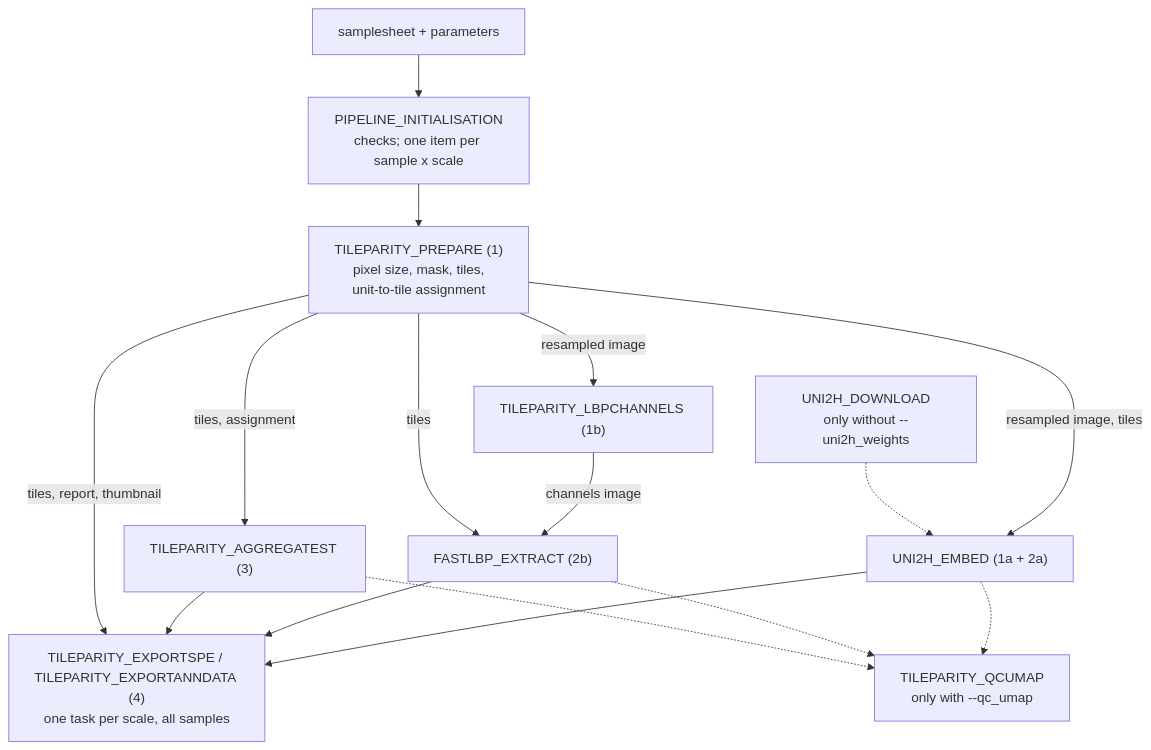
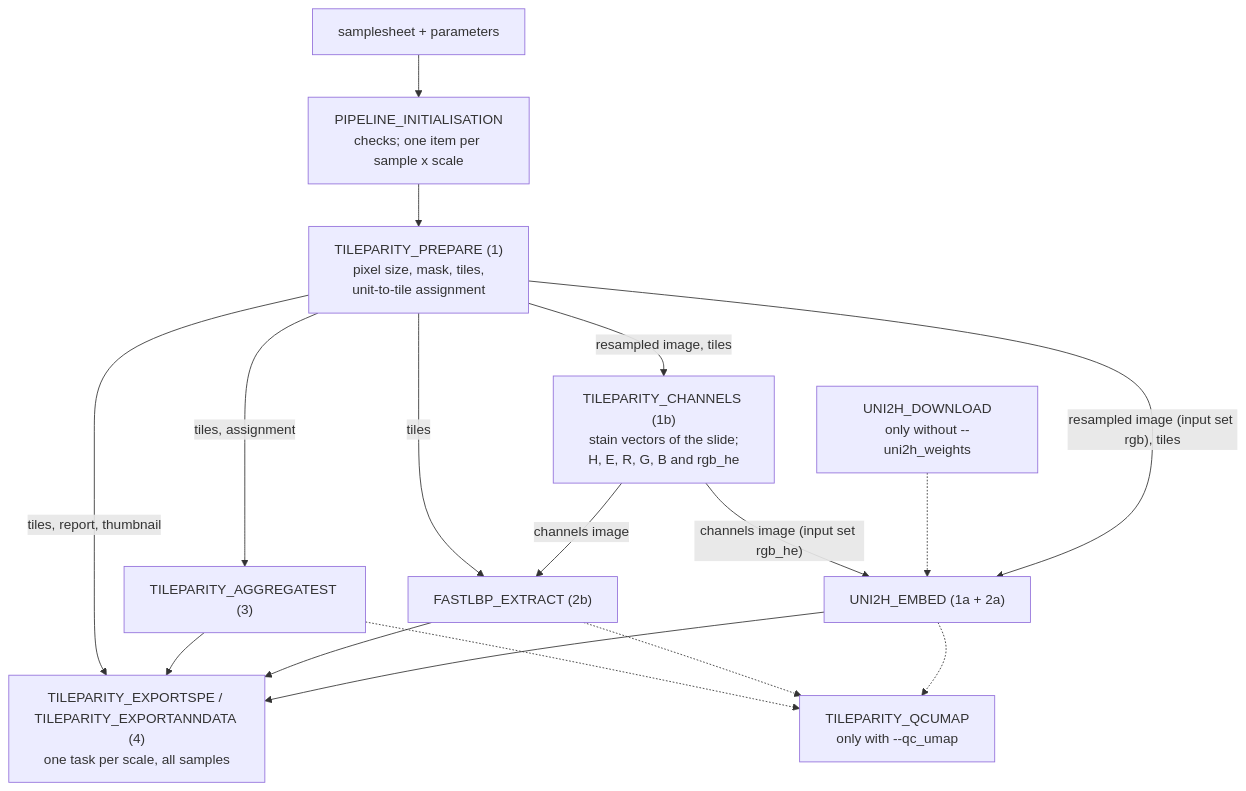
One commit to miguelrosell/tileparity changed the diagram in docs/structure.md. Above: the diagram before and after it, drawn with Mermaid. The commit also changed other lines of this file and 44 other files, not shown here.

````diff
--- a/docs/structure.md
+++ b/docs/structure.md
@@ -7,18 +7,19 @@
 ```mermaid
 flowchart TD
     S["samplesheet + parameters"] --> I["PIPELINE_INITIALISATION<br/>checks; one item per sample x scale"]
     I --> P1["TILEPARITY_PREPARE (1)<br/>pixel size, mask, tiles,<br/>unit-to-tile assignment"]
-    P1 -- "resampled image, tiles" --> U["UNI2H_EMBED (1a + 2a)"]
+    P1 -- "resampled image (input set rgb), tiles" --> U["UNI2H_EMBED (1a + 2a)"]
     W["UNI2H_DOWNLOAD<br/>only without --uni2h_weights"] -.-> U
-    P1 -- "resampled image" --> C["TILEPARITY_LBPCHANNELS (1b)"]
+    P1 -- "resampled image, tiles" --> C["TILEPARITY_CHANNELS (1b)<br/>stain vectors of the slide;<br/>H, E, R, G, B and rgb_he"]
+    C -- "channels image (input set rgb_he)" --> U
     C -- "channels image" --> L["FASTLBP_EXTRACT (2b)"]
     P1 -- "tiles" --> L
     P1 -- "tiles, assignment" --> A["TILEPARITY_AGGREGATEST (3)"]
     U --> E["TILEPARITY_EXPORTSPE / TILEPARITY_EXPORTANNDATA (4)<br/>one task per scale, all samples"]
     L --> E
     A --> E
     P1 -- "tiles, report, thumbnail" --> E
     U -.-> Q["TILEPARITY_QCUMAP<br/>only with --qc_umap"]
     L -.-> Q
     A -.-> Q
 ```
````
